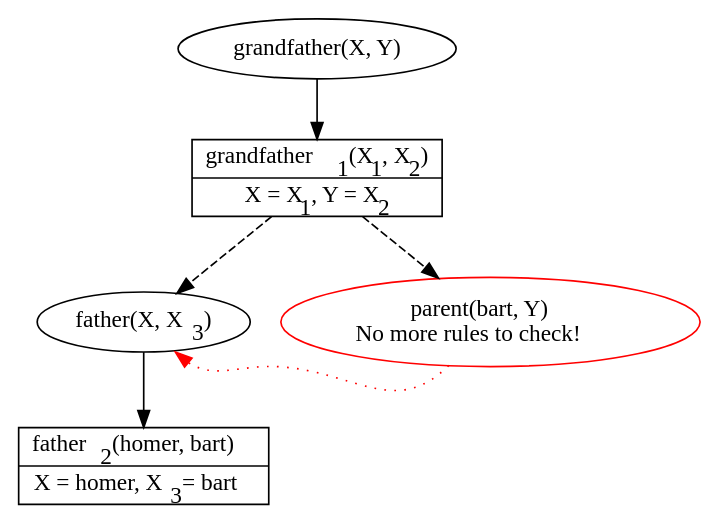
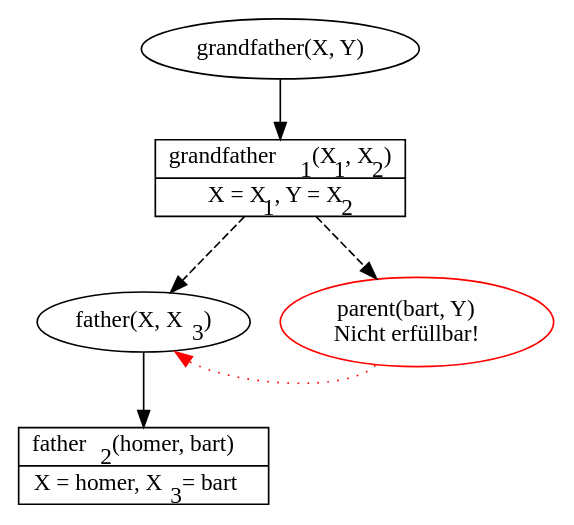
Before and after one commit to pbrinkmeier/viper: the diagram in Documentation/Pflichtenheft/image/visualisation/17_parent_backtrack2.gv, drawn with Graphviz. The commit also changed 12 other files, not shown here.

```diff
--- a/Documentation/Pflichtenheft/image/visualisation/17_parent_backtrack2.gv
+++ b/Documentation/Pflichtenheft/image/visualisation/17_parent_backtrack2.gv
@@ -1,34 +1,34 @@
 digraph VIPER_visualization_root {
     node [fontname = "Fira Mono"];
 
     root [label = "grandfather(X, Y)"];
     root_success [
         // enables having multiple boxes inside a node
         shape = record,
         // using < and > instead of quotes for delimiting a label makes it possible to use (a subset of) HTML in it
         // { A | B } makes A and B be in two separate boxes stacked on top of each other
         label = <{grandfather<sub>1</sub>(X<sub>1</sub>, X<sub>2</sub>)|X = X<sub>1</sub>, Y = X<sub>2</sub>}>
     ];
     subgoal1 [label = <father(X, X<sub>3</sub>)>];
-    subgoal2 [label = <parent(bart, Y)<br /> No more rules to check!>, color = red];
+    subgoal2 [label = <parent(bart, Y)<br />Nicht erfüllbar!>, color = red];
     subgoal1_success [
         shape = record,
         label = <{father<sub>2</sub>(homer, bart)|X = homer, X<sub>3</sub> = bart}>
     ];
 
     // this ensures that subgoal1 is always left of subgoal2
     // and that they are always on the same level
     // try commenting the rank = same line and see what happens
     {rank = same; subgoal1; subgoal2}
     subgoal1 -> subgoal2 [style=invis];
 
     root -> root_success;
     root_success -> subgoal1 [style=dashed];
     root_success -> subgoal2 [style=dashed];
     subgoal1 -> subgoal1_success;
     subgoal2:sw -> subgoal1:se [
         color = red,
         style = dotted,
         constraint = false
     ];
 }
```
